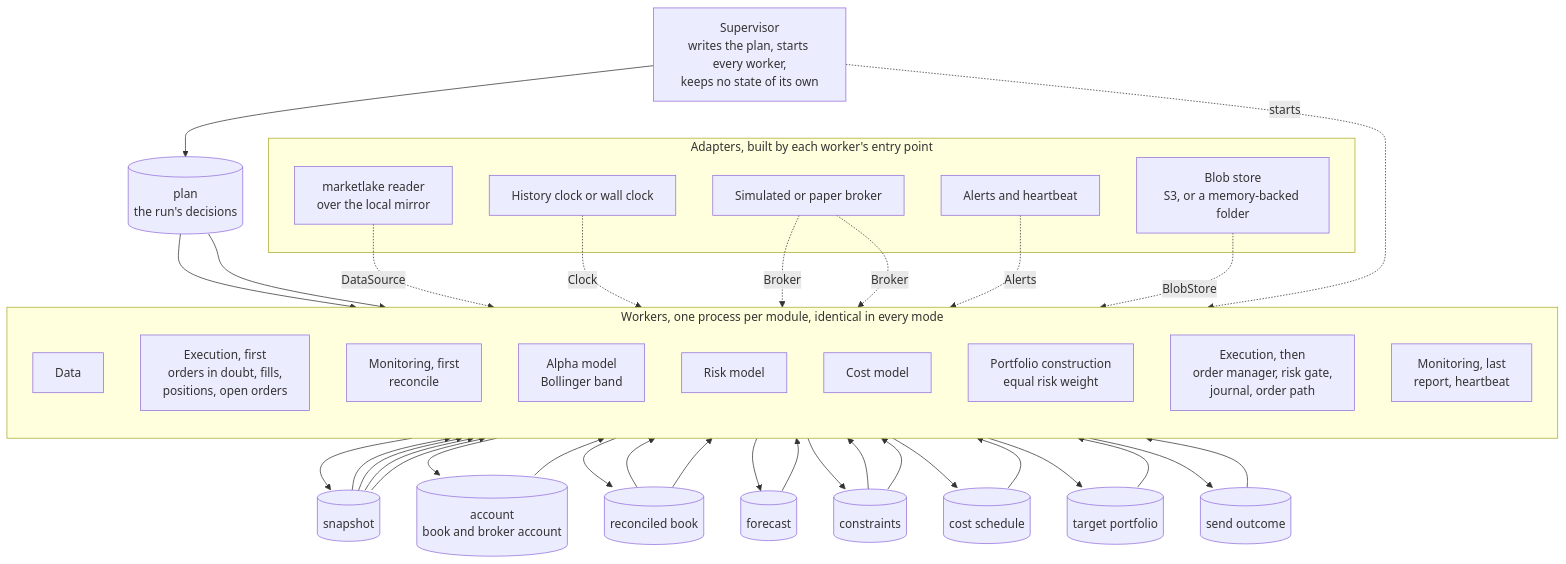
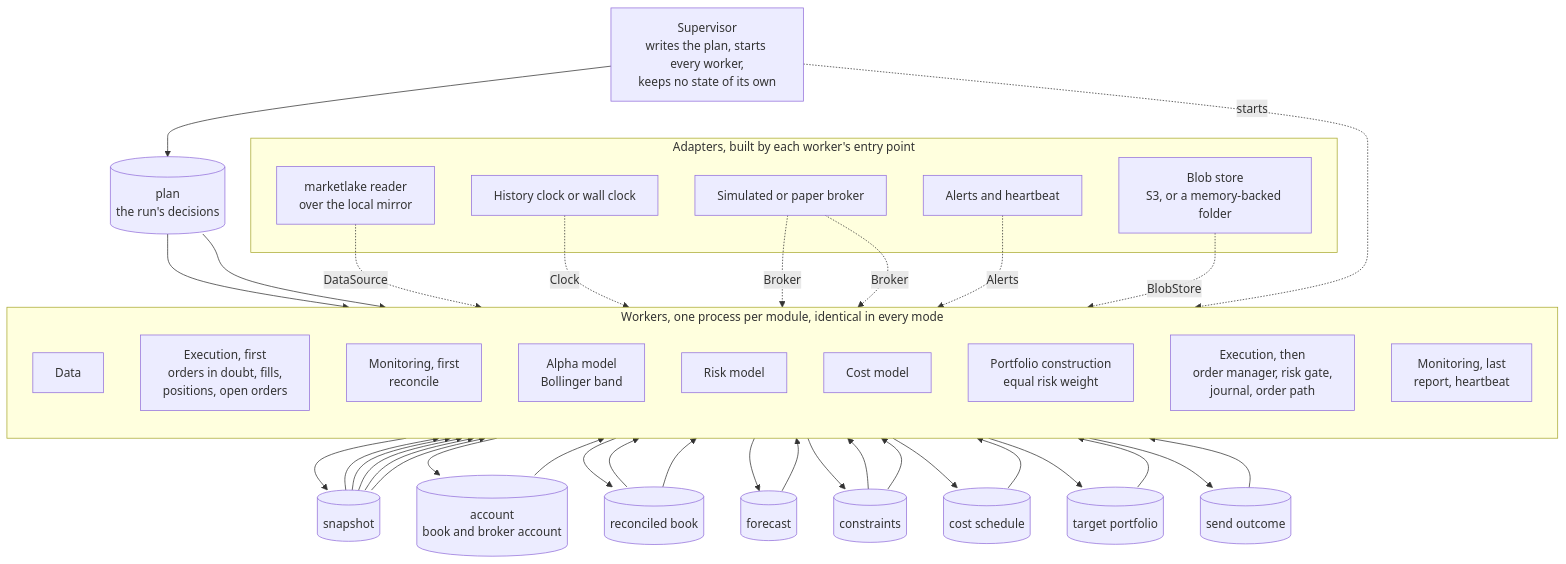
One commit to l3a0/ithildin-runtime changed the second of 16 diagrams in docs/architecture.md. Above: the diagram before and after it, drawn with Mermaid. The commit also changed other lines of this file and 2 other files, not shown here.

````diff
--- a/docs/architecture.md
+++ b/docs/architecture.md
@@ -266,61 +273,62 @@
 ```mermaid
 flowchart TB
     sup["Supervisor<br/>writes the plan, starts every worker,<br/>keeps no state of its own"]
     plan[("plan<br/>the run's decisions")]
     sup --> plan
 
     subgraph workers["Workers, one process per module, identical in every mode"]
         direction TB
         data["Data"]
         exec_recover["Execution, first<br/>orders in doubt, fills,<br/>positions, open orders"]
         mon_recon["Monitoring, first<br/>reconcile"]
         alpha["Alpha model<br/>Bollinger band"]
         risk["Risk model"]
         cost["Cost model"]
         pc["Portfolio construction<br/>equal risk weight"]
         exec_send["Execution, then<br/>order manager, risk gate,<br/>journal, order path"]
         mon_report["Monitoring, last<br/>report, heartbeat"]
     end
 
     snap[("snapshot")]
     acct[("account<br/>book and broker account")]
     book[("reconciled book")]
     fc[("forecast")]
     cons[("constraints")]
     sched[("cost schedule")]
     target[("target portfolio")]
     outcome[("send outcome")]
 
     plan --> data
     plan --> exec_recover
+    snap --> exec_recover
     data --> snap
     exec_recover --> acct --> mon_recon --> book
     snap --> alpha --> fc
     snap --> risk
     book --> risk --> cons
     snap --> cost --> sched
     fc --> pc
     cons --> pc
     sched --> pc
     book --> pc --> target
     target --> exec_send
     cons --> exec_send
     snap --> exec_send
     exec_send --> outcome --> mon_report
 
     subgraph adapters["Adapters, built by each worker's entry point"]
         lakesrc["marketlake reader<br/>over the local mirror"]
         clock["History clock or wall clock"]
         broker["Simulated or paper broker"]
         store["Blob store<br/>S3, or a memory-backed folder"]
         alertsink["Alerts and heartbeat"]
     end
 
     lakesrc -. "DataSource" .-> data
     clock -. "Clock" .-> data
     broker -. "Broker" .-> exec_recover
     broker -. "Broker" .-> exec_send
     store -. "BlobStore" .-> workers
     alertsink -. "Alerts" .-> mon_report
     sup -. "starts" .-> workers
 ```
````
